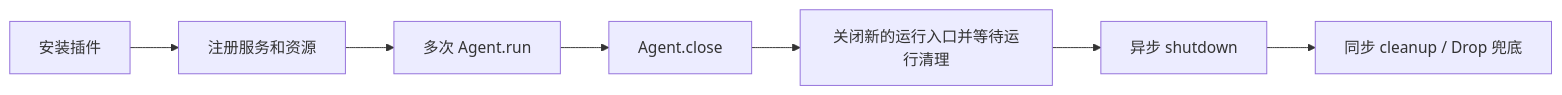
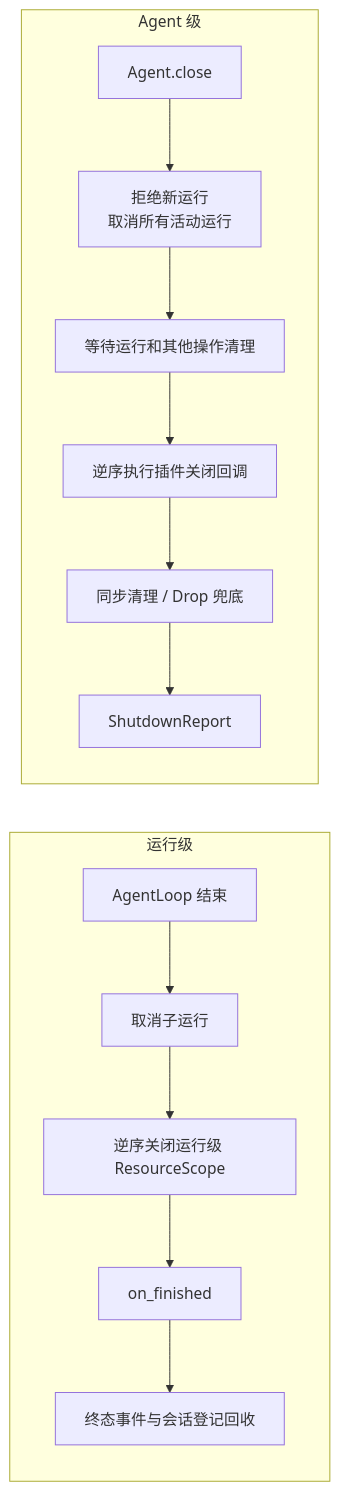
Diagram 18 of 18 in docs/architecture.md (Penglai-Link/eliteforge-agent-framework), drawn with Mermaid before and after one commit. The commit also changed other lines of this file and 23 other files, not shown here.

````diff
--- a/docs/architecture.md
+++ b/docs/architecture.md
@@ -417,9 +616,17 @@
 ```mermaid
 flowchart LR
-    Install[安装插件] --> Register[注册服务和资源]
-    Register --> Run[多次 Agent.run]
-    Run --> Close[Agent.close]
-    Close --> StopRuns[关闭新的运行入口并等待运行清理]
-    StopRuns --> Shutdown[异步 shutdown]
-    Shutdown --> Cleanup[同步 cleanup / Drop 兜底]
+    subgraph Run[运行级]
+        Loop[AgentLoop 结束] --> Children[取消子运行]
+        Children --> Scope[逆序关闭运行级 ResourceScope]
+        Scope --> Hook[on_finished]
+        Hook --> Terminal[终态事件与会话登记回收]
+    end
+
+    subgraph Owner[Agent 级]
+        Close[Agent.close] --> Stop[拒绝新运行<br/>取消所有活动运行]
+        Stop --> Drain[等待运行和其他操作清理]
+        Drain --> Shutdown[逆序执行插件关闭回调]
+        Shutdown --> Cleanup[同步清理 / Drop 兜底]
+        Cleanup --> Report[ShutdownReport]
+    end
 ```
````
